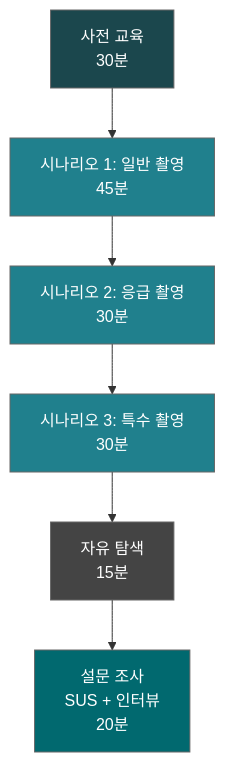
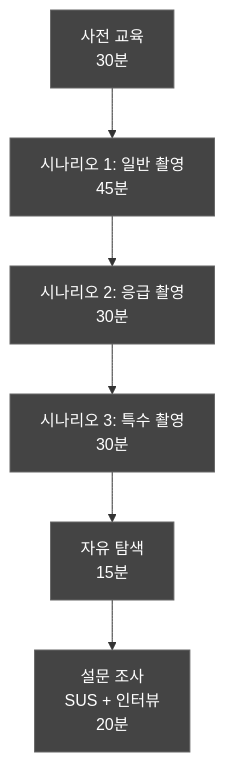
One commit to holee9/console-gui changed the sixth of 8 diagrams in docs/verification/DOC-015_ValidationPlan_v1.0.md. Above: the diagram before and after it, drawn with Mermaid. The commit also changed other lines of this file and 35 other files, not shown here.

First line of the commit message:
fix: 전체 Mermaid 차트 색상 진한 회색 통일

````diff
--- a/docs/verification/DOC-015_ValidationPlan_v1.0.md
+++ b/docs/verification/DOC-015_ValidationPlan_v1.0.md
@@ -395,15 +395,15 @@
 ```mermaid
 flowchart TD
     classDef default fill:#444,stroke:#666,color:#fff
     A[사전 교육<br/>30분] --> B[시나리오 1: 일반 촬영<br/>45분]
     B --> C[시나리오 2: 응급 촬영<br/>30분]
     C --> D[시나리오 3: 특수 촬영<br/>30분]
     D --> E[자유 탐색<br/>15분]
     E --> F[설문 조사<br/>SUS + 인터뷰<br/>20분]
     
-    style A fill:#1B474D,color:#fff
-    style B fill:#20808D,color:#fff
-    style C fill:#20808D,color:#fff
-    style D fill:#20808D,color:#fff
-    style F fill:#01696F,color:#fff
+    style A fill:#444,color:#fff
+    style B fill:#444,color:#fff
+    style C fill:#444,color:#fff
+    style D fill:#444,color:#fff
+    style F fill:#444,color:#fff
 ```
````
